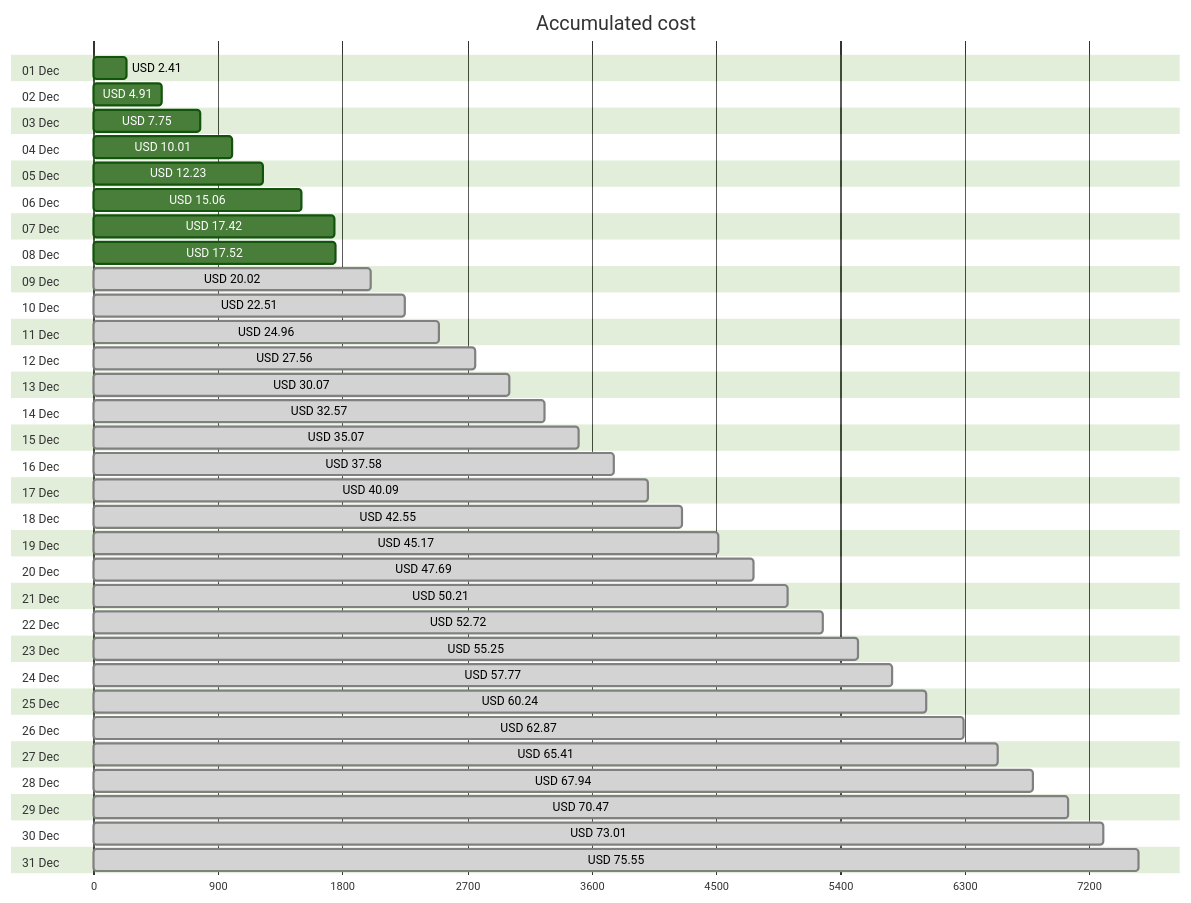
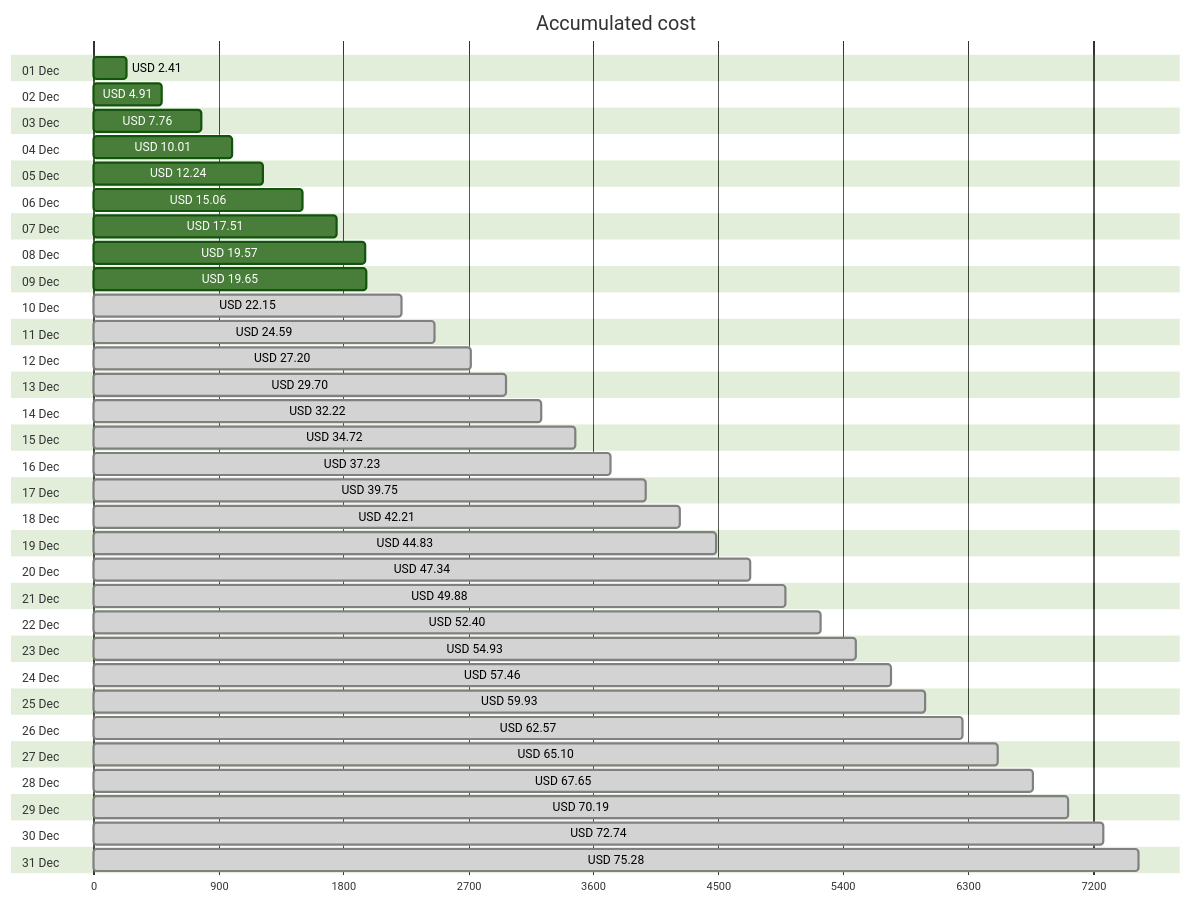
One commit to jpfulton/azure-personal-reports changed the first of 4 diagrams in cost-reports/accumulated-cost.md. Above: the diagram before and after it, drawn with Mermaid (forest theme). The commit also changed other lines of this file and 4 other files, not shown here.

````diff
--- a/cost-reports/accumulated-cost.md
+++ b/cost-reports/accumulated-cost.md
@@ -20,68 +20,68 @@
 ```mermaid
 gantt
    title Accumulated cost
    dateFormat  X
    axisFormat %s
    section 01 Dec
    USD 2.41 :0, 241
    section 02 Dec
    USD 4.91 :0, 491
    section 03 Dec
-   USD 7.75 :0, 775
+   USD 7.76 :0, 776
    section 04 Dec
    USD 10.01 :0, 1001
    section 05 Dec
-   USD 12.23 :0, 1223
+   USD 12.24 :0, 1224
    section 06 Dec
    USD 15.06 :0, 1506
    section 07 Dec
-   USD 17.42 :0, 1742
+   USD 17.51 :0, 1751
    section 08 Dec
-   USD 17.52 :0, 1752
+   USD 19.57 :0, 1957
    section 09 Dec
-   USD 20.02 : done, 0, 2002
+   USD 19.65 :0, 1965
    section 10 Dec
-   USD 22.51 : done, 0, 2251
+   USD 22.15 : done, 0, 2215
    section 11 Dec
-   USD 24.96 : done, 0, 2496
+   USD 24.59 : done, 0, 2459
    section 12 Dec
-   USD 27.56 : done, 0, 2756
+   USD 27.20 : done, 0, 2720
    section 13 Dec
-   USD 30.07 : done, 0, 3007
+   USD 29.70 : done, 0, 2970
    section 14 Dec
-   USD 32.57 : done, 0, 3257
+   USD 32.22 : done, 0, 3222
    section 15 Dec
-   USD 35.07 : done, 0, 3507
+   USD 34.72 : done, 0, 3472
    section 16 Dec
-   USD 37.58 : done, 0, 3758
+   USD 37.23 : done, 0, 3723
    section 17 Dec
-   USD 40.09 : done, 0, 4009
+   USD 39.75 : done, 0, 3975
    section 18 Dec
-   USD 42.55 : done, 0, 4255
+   USD 42.21 : done, 0, 4221
    section 19 Dec
-   USD 45.17 : done, 0, 4517
+   USD 44.83 : done, 0, 4483
    section 20 Dec
-   USD 47.69 : done, 0, 4769
+   USD 47.34 : done, 0, 4734
    section 21 Dec
-   USD 50.21 : done, 0, 5021
+   USD 49.88 : done, 0, 4988
    section 22 Dec
-   USD 52.72 : done, 0, 5272
+   USD 52.40 : done, 0, 5240
    section 23 Dec
-   USD 55.25 : done, 0, 5525
+   USD 54.93 : done, 0, 5493
    section 24 Dec
-   USD 57.77 : done, 0, 5777
+   USD 57.46 : done, 0, 5746
    section 25 Dec
-   USD 60.24 : done, 0, 6024
+   USD 59.93 : done, 0, 5993
    section 26 Dec
-   USD 62.87 : done, 0, 6287
+   USD 62.57 : done, 0, 6257
    section 27 Dec
-   USD 65.41 : done, 0, 6541
+   USD 65.10 : done, 0, 6510
    section 28 Dec
-   USD 67.94 : done, 0, 6794
+   USD 67.65 : done, 0, 6765
    section 29 Dec
-   USD 70.47 : done, 0, 7047
+   USD 70.19 : done, 0, 7019
    section 30 Dec
-   USD 73.01 : done, 0, 7301
+   USD 72.74 : done, 0, 7274
    section 31 Dec
-   USD 75.55 : done, 0, 7555
+   USD 75.28 : done, 0, 7528
 ```
````
